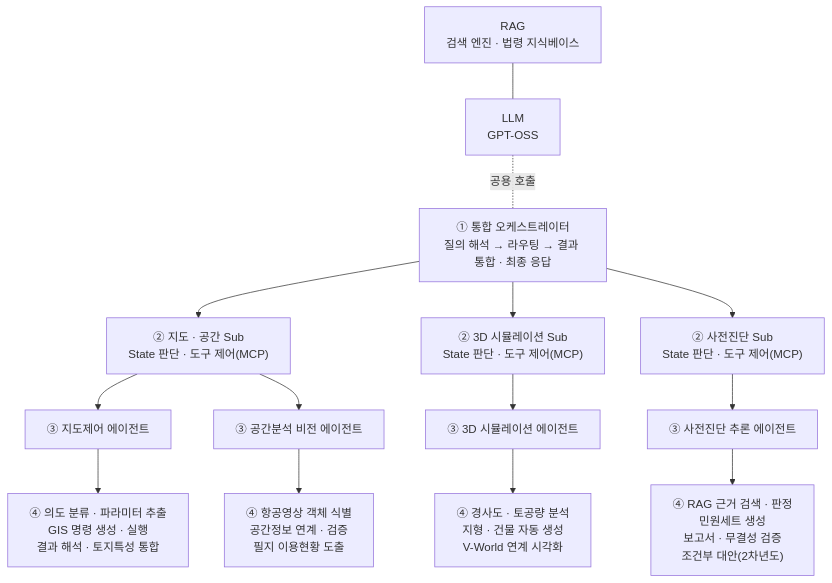
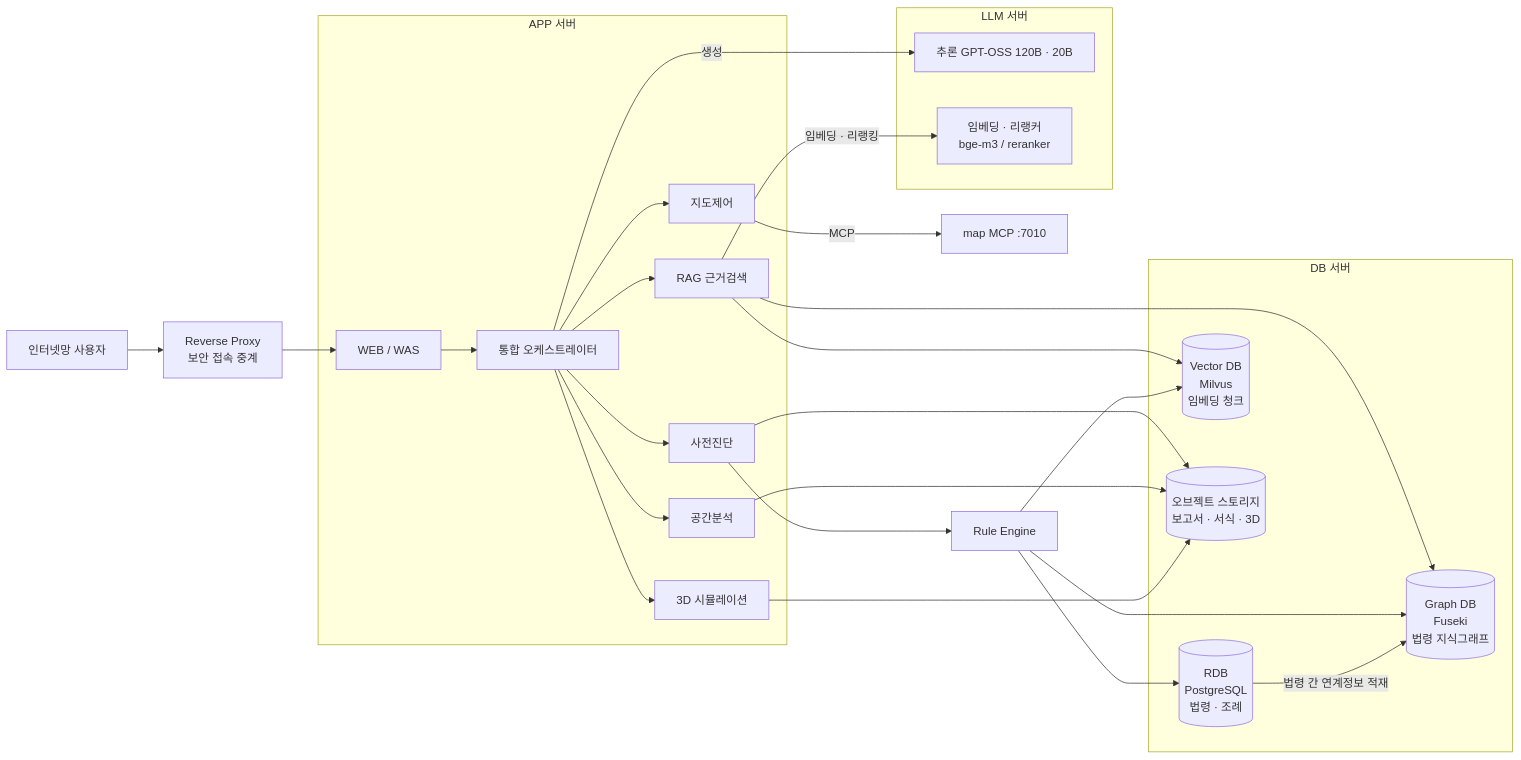
Before and after one commit to madlrengg100/permit-copilot: the first of 14 diagrams in docs/MCP-AGENT-SEQUENCE.md, drawn with Mermaid. The commit also changed other lines of this file, not shown here.

Commit message:
Revert to pre-rewrite version with all 13 sequence diagrams

````diff
--- a/docs/MCP-AGENT-SEQUENCE.md
+++ b/docs/MCP-AGENT-SEQUENCE.md
@@ -30,21 +75,40 @@
 ```mermaid
-flowchart TB
-    RAG["RAG<br/>검색 엔진 · 법령 지식베이스"] --- LLM["LLM<br/>GPT-OSS"]
-    LLM -.공용 호출.- IO
+flowchart LR
+    U["인터넷망 사용자"] --> RP["Reverse Proxy<br/>보안 접속 중계"]
+    RP --> WAS
 
-    IO["① 통합 오케스트레이터<br/>질의 해석 → 라우팅 → 결과 통합 · 최종 응답"]
+    subgraph APP["APP 서버"]
+        WAS["WEB / WAS"] --> MO["통합 오케스트레이터"]
+        MO --> RAG["RAG 근거검색"]
+        MO --> A1["사전진단"]
+        MO --> A2["지도제어"]
+        MO --> A3["공간분석"]
+        MO --> A4["3D 시뮬레이션"]
+    end
 
-    IO --> S1["② 지도 · 공간 Sub<br/>State 판단 · 도구 제어(MCP)"]
-    IO --> S2["② 3D 시뮬레이션 Sub<br/>State 판단 · 도구 제어(MCP)"]
-    IO --> S3["② 사전진단 Sub<br/>State 판단 · 도구 제어(MCP)"]
+    subgraph LLMS["LLM 서버"]
+        INF["추론 GPT-OSS 120B · 20B"]
+        EMB["임베딩 · 리랭커<br/>bge-m3 / reranker"]
+    end
 
-    S1 --> A1["③ 지도제어 에이전트"]
-    S1 --> A2["③ 공간분석 비전 에이전트"]
-    S2 --> A3["③ 3D 시뮬레이션 에이전트"]
-    S3 --> A4["③ 사전진단 추론 에이전트"]
+    subgraph DBS["DB 서버"]
+        RDB[("RDB<br/>PostgreSQL<br/>법령 · 조례")]
+        GDB[("Graph DB<br/>Fuseki<br/>법령 지식그래프")]
+        VDB[("Vector DB<br/>Milvus<br/>임베딩 청크")]
+        OBJ[("오브젝트 스토리지<br/>보고서 · 서식 · 3D")]
+    end
 
-    A1 --> M1["④ 의도 분류 · 파라미터 추출<br/>GIS 명령 생성 · 실행<br/>결과 해석 · 토지특성 통합"]
-    A2 --> M2["④ 항공영상 객체 식별<br/>공간정보 연계 · 검증<br/>필지 이용현황 도출"]
-    A3 --> M3["④ 경사도 · 토공량 분석<br/>지형 · 건물 자동 생성<br/>V-World 연계 시각화"]
-    A4 --> M4["④ RAG 근거 검색 · 판정<br/>민원세트 생성<br/>보고서 · 무결성 검증<br/>조건부 대안(2차년도)"]
+    MO -->|생성| INF
+    RAG -->|임베딩 · 리랭킹| EMB
+    RAG --> VDB
+    RAG --> GDB
+    A1 --> RE["Rule Engine"]
+    RE --> GDB
+    RE --> VDB
+    RE --> RDB
+    RDB -->|법령 간 연계정보 적재| GDB
+    A1 --> OBJ
+    A3 --> OBJ
+    A4 --> OBJ
+    A2 -->|MCP| MCPS["map MCP :7010"]
 ```
````
